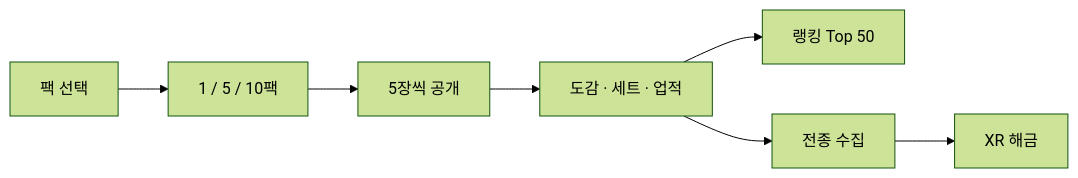
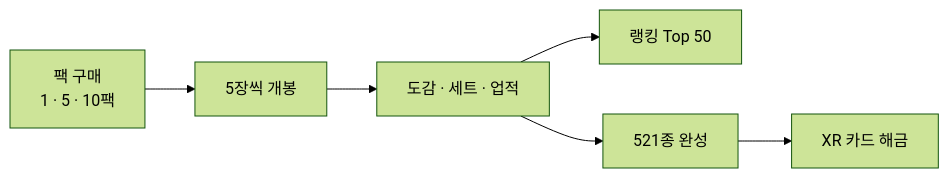
The diagram in README.md (sybd1/NMIXX-TCG), drawn with Mermaid (forest theme) before and after one commit. The commit also changed other lines of this file, not shown here.

````diff
--- a/README.md
+++ b/README.md
@@ -48,9 +40,8 @@
 ```mermaid
 flowchart LR
-  A["팩 선택"] --> B["1 / 5 / 10팩"]
-  B --> C["5장씩 공개"]
-  C --> D["도감 · 세트 · 업적"]
-  D --> E["랭킹 Top 50"]
-  D --> F["전종 수집"]
-  F --> G["XR 해금"]
+  A["팩 구매<br/>1 · 5 · 10팩"] --> B["5장씩 개봉"]
+  B --> C["도감 · 세트 · 업적"]
+  C --> D["랭킹 Top 50"]
+  C --> E["521종 완성"]
+  E --> F["XR 카드 해금"]
 ```
````
